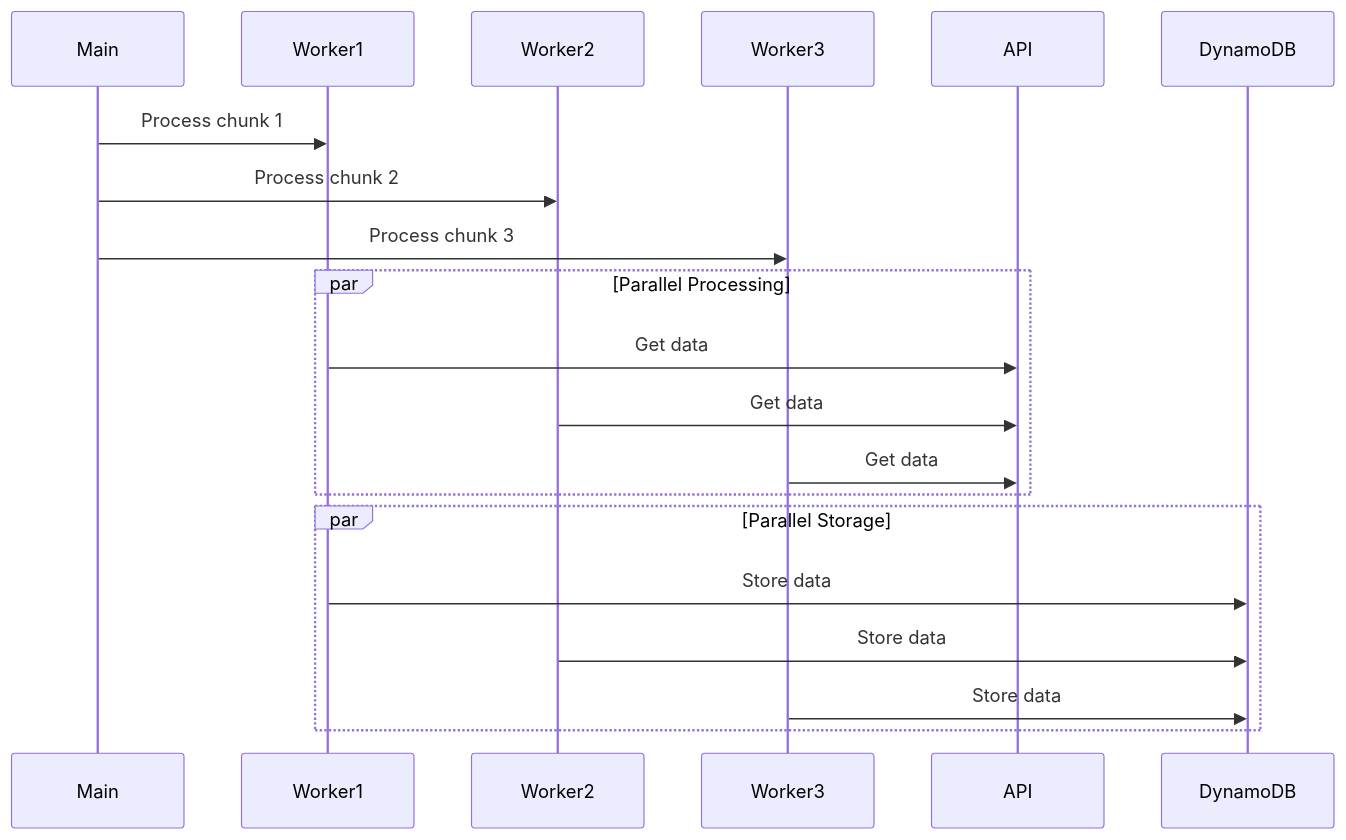
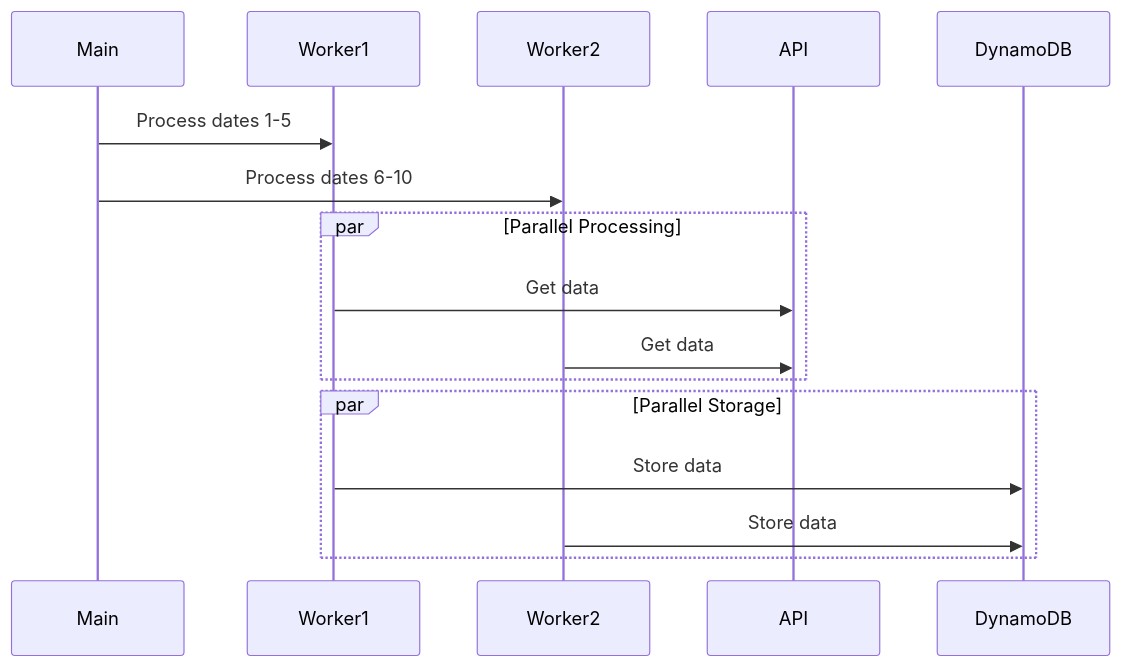
The third of 3 diagrams in ARCHITECTURE.md (prameyallc/congress-data-harvester), drawn with Mermaid before and after one commit. The commit also changed other lines of this file and 4 other files, not shown here.

````diff
--- a/ARCHITECTURE.md
+++ b/ARCHITECTURE.md
@@ -104,25 +129,21 @@
 ```mermaid
 sequenceDiagram
     participant Main
     participant Worker1
     participant Worker2
-    participant Worker3
     participant API
     participant DynamoDB
 
-    Main->>Worker1: Process chunk 1
-    Main->>Worker2: Process chunk 2
-    Main->>Worker3: Process chunk 3
+    Main->>Worker1: Process dates 1-5
+    Main->>Worker2: Process dates 6-10
 
     par Parallel Processing
         Worker1->>API: Get data
         Worker2->>API: Get data
-        Worker3->>API: Get data
     end
 
     par Parallel Storage
         Worker1->>DynamoDB: Store data
         Worker2->>DynamoDB: Store data
-        Worker3->>DynamoDB: Store data
     end
 ```
````
